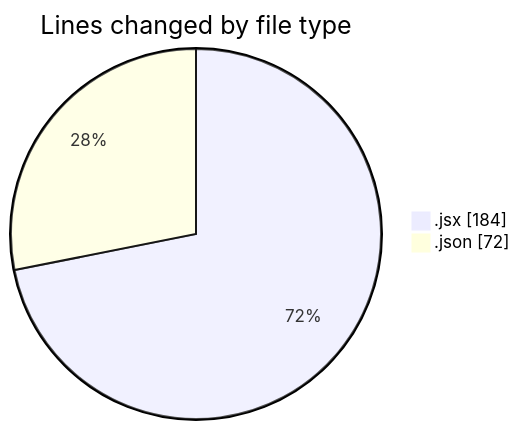
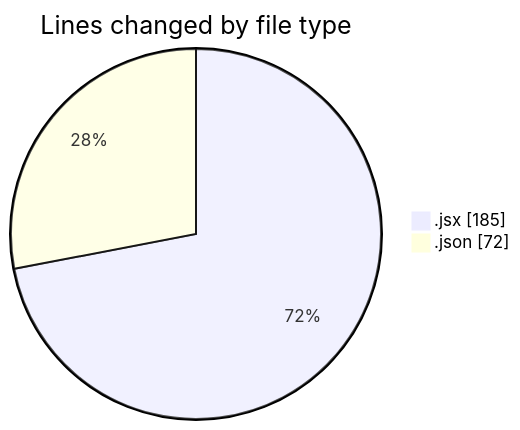
One commit to momahboobian/code-tracking changed the first of 2 diagrams in 2026-03-19/commonwealth-front-end-task/README.md. Above: the diagram before and after it, drawn with Mermaid. The commit also changed other lines of this file and 1 other file, not shown here.

````diff
--- a/2026-03-19/commonwealth-front-end-task/README.md
+++ b/2026-03-19/commonwealth-front-end-task/README.md
@@ -22,6 +22,6 @@
 ```mermaid
 pie showData
 title Lines changed by file type
-".jsx" : 184
+".jsx" : 185
 ".json" : 72
 ```
````
